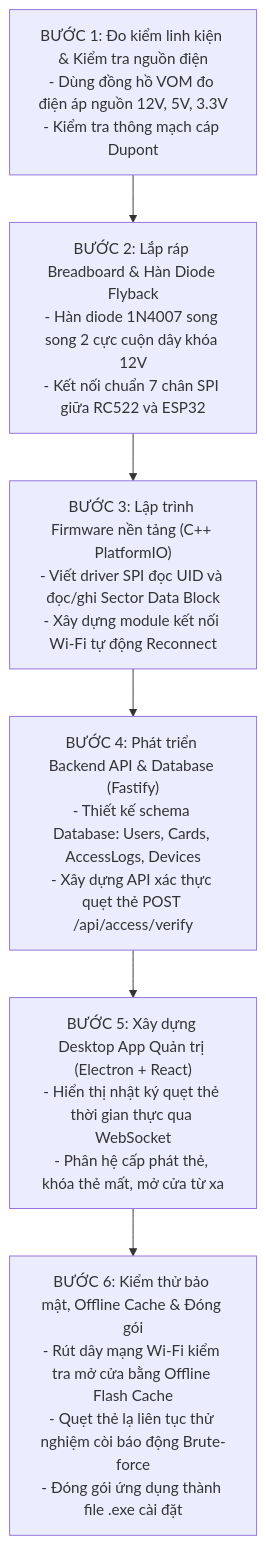
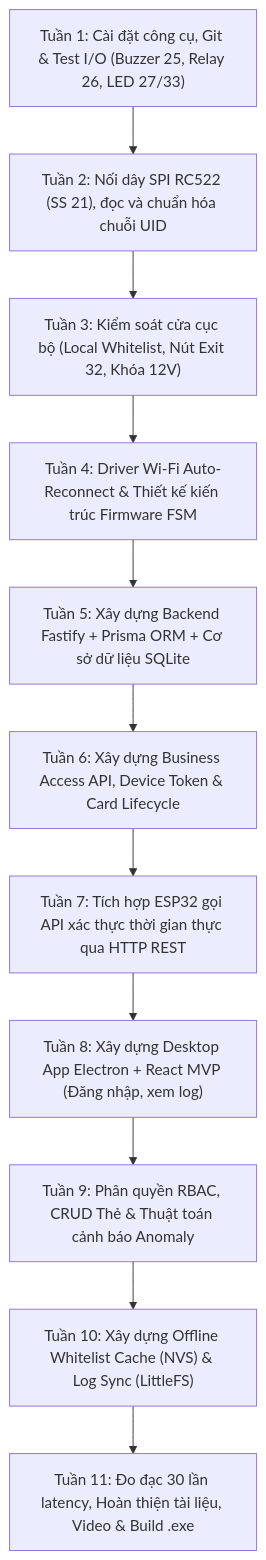
The third of 6 diagrams in docs/SO_DO_KY_THUAT_VA_LY_THUYET.md (NguyenHoangUy1305/iot-rfid-access-control), drawn with Mermaid before and after one commit. The commit also changed other lines of this file and 2 other files, not shown here.

Commit message:
docs: finalize Project 1 technical roadmap and schematics with safe GPIO pinout and 11-week MVP scope

````diff
--- a/docs/SO_DO_KY_THUAT_VA_LY_THUYET.md
+++ b/docs/SO_DO_KY_THUAT_VA_LY_THUYET.md
@@ -377,11 +262,16 @@
 ```mermaid
 flowchart TD
-    Step1["BƯỚC 1: Đo kiểm linh kiện & Kiểm tra nguồn điện<br/>- Dùng đồng hồ VOM đo điện áp nguồn 12V, 5V, 3.3V<br/>- Kiểm tra thông mạch cáp Dupont"]
-    Step2["BƯỚC 2: Lắp ráp Breadboard & Hàn Diode Flyback<br/>- Hàn diode 1N4007 song song 2 cực cuộn dây khóa 12V<br/>- Kết nối chuẩn 7 chân SPI giữa RC522 và ESP32"]
-    Step3["BƯỚC 3: Lập trình Firmware nền tảng (C++ PlatformIO)<br/>- Viết driver SPI đọc UID và đọc/ghi Sector Data Block<br/>- Xây dựng module kết nối Wi-Fi tự động Reconnect"]
-    Step4["BƯỚC 4: Phát triển Backend API & Database (Fastify)<br/>- Thiết kế schema Database: Users, Cards, AccessLogs, Devices<br/>- Xây dựng API xác thực quẹt thẻ POST /api/access/verify"]
-    Step5["BƯỚC 5: Xây dựng Desktop App Quản trị (Electron + React)<br/>- Hiển thị nhật ký quẹt thẻ thời gian thực qua WebSocket<br/>- Phân hệ cấp phát thẻ, khóa thẻ mất, mở cửa từ xa"]
-    Step6["BƯỚC 6: Kiểm thử bảo mật, Offline Cache & Đóng gói<br/>- Rút dây mạng Wi-Fi kiểm tra mở cửa bằng Offline Flash Cache<br/>- Quẹt thẻ lạ liên tục thử nghiệm còi báo động Brute-force<br/>- Đóng gói ứng dụng thành file .exe cài đặt"]
+    W1["Tuần 1: Cài đặt công cụ, Git & Test I/O (Buzzer 25, Relay 26, LED 27/33)"]
+    W2["Tuần 2: Nối dây SPI RC522 (SS 21), đọc và chuẩn hóa chuỗi UID"]
+    W3["Tuần 3: Kiểm soát cửa cục bộ (Local Whitelist, Nút Exit 32, Khóa 12V)"]
+    W4["Tuần 4: Driver Wi-Fi Auto-Reconnect & Thiết kế kiến trúc Firmware FSM"]
+    W5["Tuần 5: Xây dựng Backend Fastify + Prisma ORM + Cơ sở dữ liệu SQLite"]
+    W6["Tuần 6: Xây dựng Business Access API, Device Token & Card Lifecycle"]
+    W7["Tuần 7: Tích hợp ESP32 gọi API xác thực thời gian thực qua HTTP REST"]
+    W8["Tuần 8: Xây dựng Desktop App Electron + React MVP (Đăng nhập, xem log)"]
+    W9["Tuần 9: Phân quyền RBAC, CRUD Thẻ & Thuật toán cảnh báo Anomaly"]
+    W10["Tuần 10: Xây dựng Offline Whitelist Cache (NVS) & Log Sync (LittleFS)"]
+    W11["Tuần 11: Đo đạc 30 lần latency, Hoàn thiện tài liệu, Video & Build .exe"]
 
-    Step1 --> Step2 --> Step3 --> Step4 --> Step5 --> Step6
+    W1 --> W2 --> W3 --> W4 --> W5 --> W6 --> W7 --> W8 --> W9 --> W10 --> W11
 ```
````
